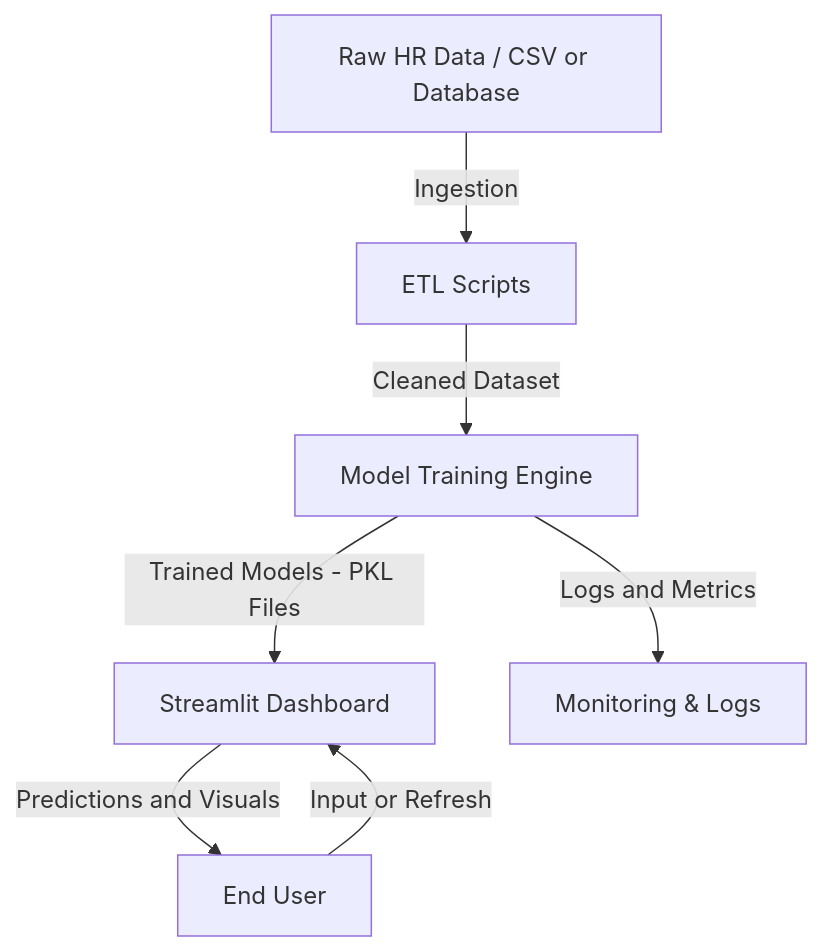
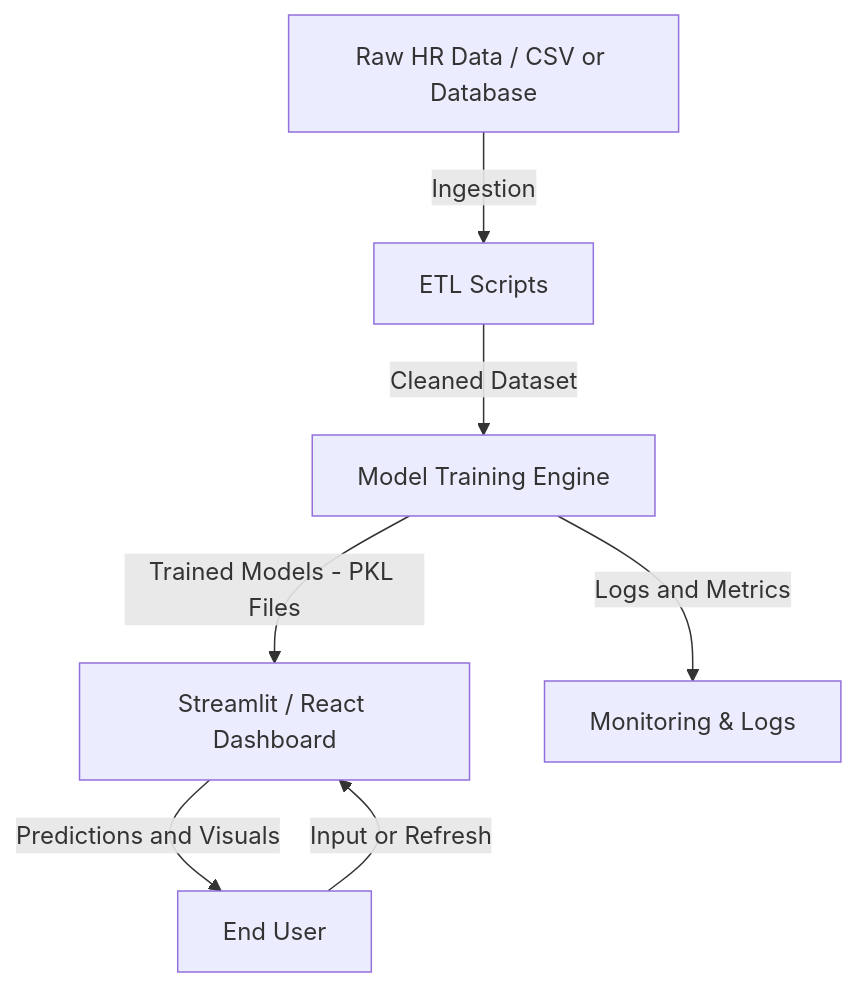
One commit to GKTHIRUMARAN/HR-Employee-Insights-Dashboard changed the diagram in README.md. Above: the diagram before and after it, drawn with Mermaid. The commit also changed other lines of this file, not shown here.

`````diff
--- a/README.md
+++ b/README.md
@@ -44,9 +44,9 @@
 ```mermaid
 flowchart TD
     A[Raw HR Data / CSV or Database] -->|Ingestion| B[ETL Scripts]
     B -->|Cleaned Dataset| C[Model Training Engine]
-    C -->|Trained Models - PKL Files| D[Streamlit Dashboard]
+    C -->|Trained Models - PKL Files| D[Streamlit / React Dashboard]
     D -->|Predictions and Visuals| E[End User]
     C -->|Logs and Metrics| F[Monitoring & Logs]
     E -->|Input or Refresh| D
 ````
`````
